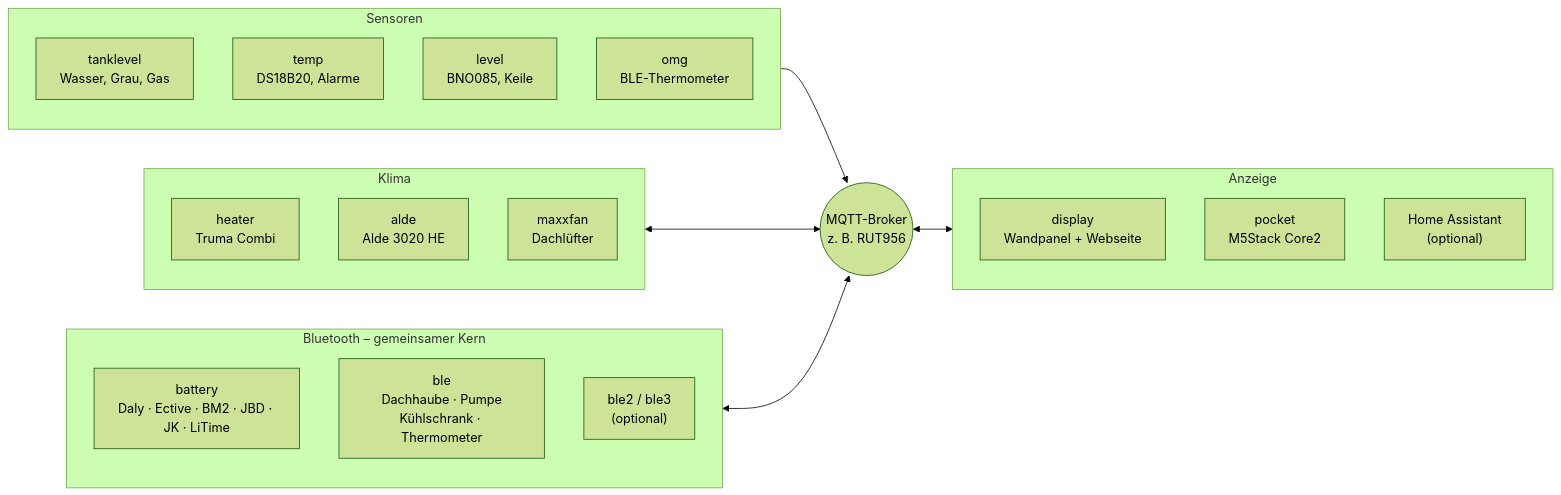
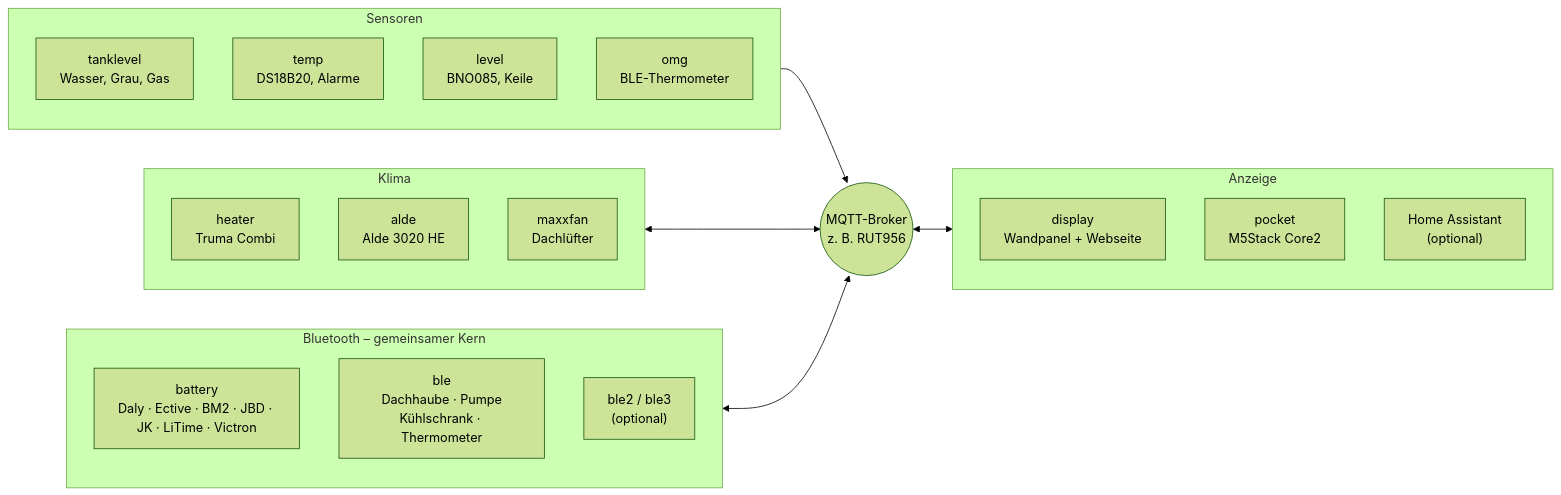
One commit to hflocki/vannode changed the diagram in README.md. Above: the diagram before and after it, drawn with Mermaid (forest theme). The commit also changed other lines of this file and 87 other files, not shown here.

Commit message:
ble: Truma LevelControl and Senso4s plugins, BleLink::read(); battery: Victron Instant Readout incl. battery list; display: MQTT discovery in the topic finder; all nodes: settings backup card

````diff
--- a/README.md
+++ b/README.md
@@ -27,33 +27,33 @@
 ```mermaid
 flowchart LR
   subgraph sens["Sensoren"]
     direction TB
     tank["tanklevel<br/>Wasser, Grau, Gas"]
     temp["temp<br/>DS18B20, Alarme"]
     level["level<br/>BNO085, Keile"]
     omg["omg<br/>BLE-Thermometer"]
   end
   subgraph clim["Klima"]
     direction TB
     heater["heater<br/>Truma Combi"]
     alde["alde<br/>Alde 3020 HE"]
     fan["maxxfan<br/>Dachlüfter"]
   end
   subgraph ble["Bluetooth – gemeinsamer Kern"]
     direction TB
-    bat["battery<br/>Daly · Ective · BM2 · JBD · JK · LiTime"]
+    bat["battery<br/>Daly · Ective · BM2 · JBD · JK · LiTime · Victron"]
     tool["ble<br/>Dachhaube · Pumpe<br/>Kühlschrank · Thermometer"]
     more["ble2 / ble3<br/>(optional)"]
   end
   broker(("MQTT-Broker<br/>z. B. RUT956"))
   subgraph ui["Anzeige"]
     direction TB
     display["display<br/>Wandpanel + Webseite"]
     rb["pocket<br/>M5Stack Core2"]
     ha["Home Assistant<br/>(optional)"]
   end
   sens --> broker
   clim <--> broker
   ble <--> broker
   broker <--> ui
 ```
````
